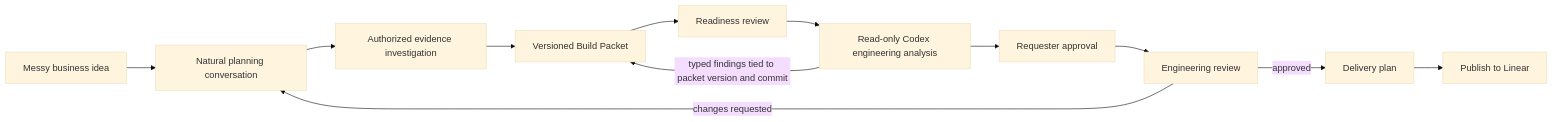
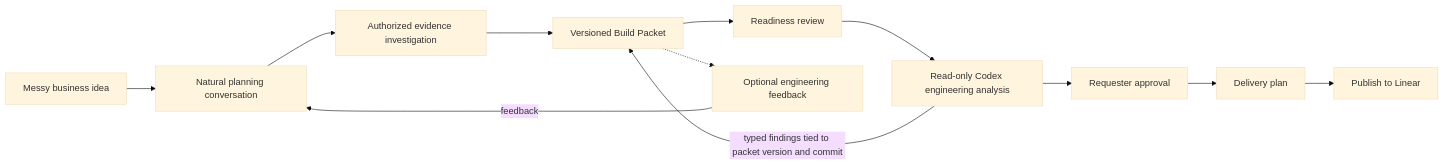
Before and after one commit to StefanosCodes/Clio: the diagram in README.md, drawn with Mermaid (base theme). The commit also changed other lines of this file, not shown here.

````diff
--- a/README.md
+++ b/README.md
@@ -301,18 +322,18 @@
 ```mermaid
 flowchart LR
     I["Messy business idea"]
     Q["Natural planning conversation"]
     E["Authorized evidence investigation"]
     B["Versioned Build Packet"]
     R["Readiness review"]
     C["Read-only Codex engineering analysis"]
     A["Requester approval"]
-    G["Engineering review"]
+    G["Optional engineering feedback"]
     D["Delivery plan"]
     P["Publish to Linear"]
 
-    I --> Q --> E --> B --> R --> C --> A --> G
-    G -->|changes requested| Q
-    G -->|approved| D --> P
+    I --> Q --> E --> B --> R --> C --> A --> D --> P
+    G -->|feedback| Q
+    B -.-> G
     C -->|typed findings tied to packet version and commit| B
 ```
````
